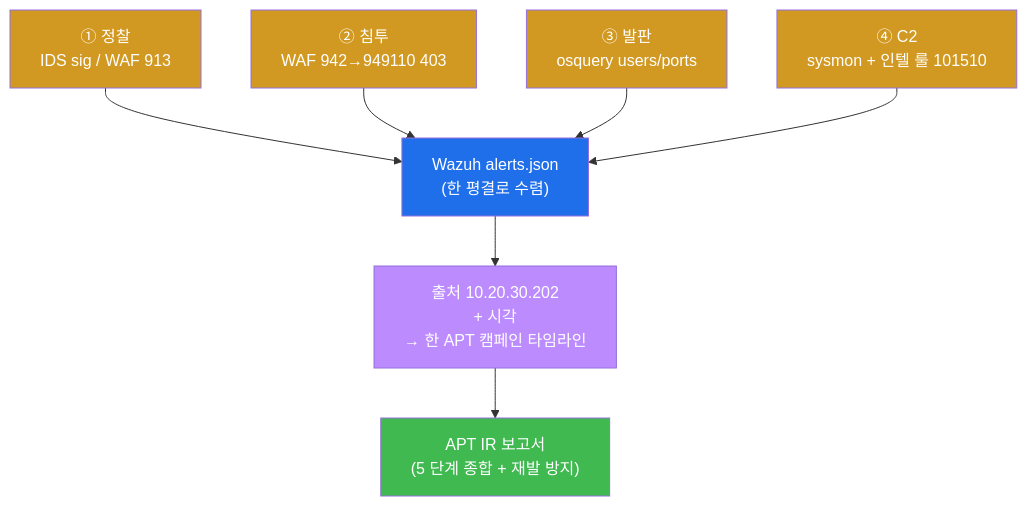
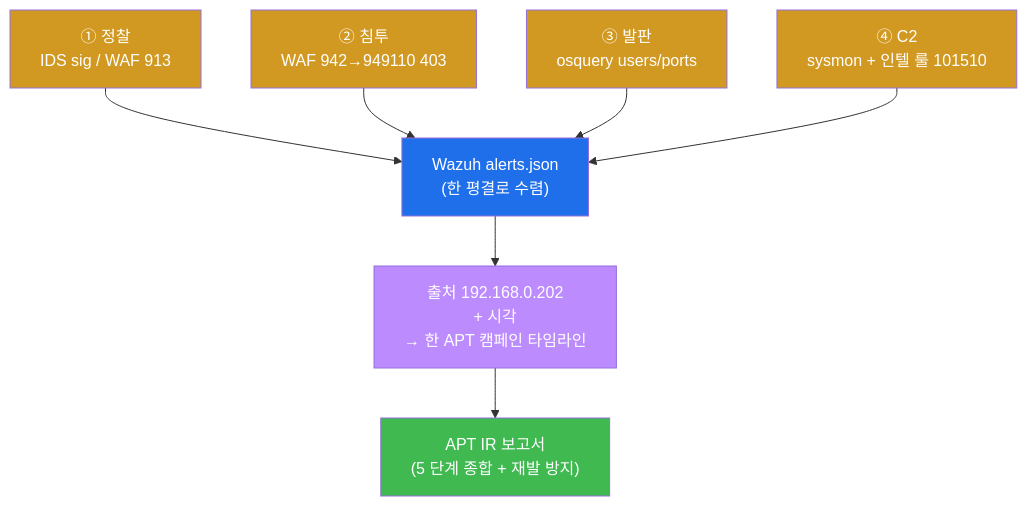
One commit to mrgrit/tw2 changed the seventh of 11 diagrams in contents/training/secuops/lecture_week15.md. Above: the diagram before and after it, drawn with Mermaid. The commit also changed other lines of this file and 9 other files, not shown here.

````diff
--- a/contents/training/secuops/lecture_week15.md
+++ b/contents/training/secuops/lecture_week15.md
@@ -363,22 +363,22 @@
 ```mermaid
 graph TD
     A1["① 정찰<br/>IDS sig / WAF 913"]
     A2["② 침투<br/>WAF 942→949110 403"]
     A3["③ 발판<br/>osquery users/ports"]
     A4["④ C2<br/>sysmon + 인텔 룰 101510"]
     SIEM["Wazuh alerts.json<br/>(한 평결로 수렴)"]
-    KEY["출처 10.20.30.202<br/>+ 시각<br/>→ 한 APT 캠페인 타임라인"]
+    KEY["출처 192.168.0.202<br/>+ 시각<br/>→ 한 APT 캠페인 타임라인"]
     IR["APT IR 보고서<br/>(5 단계 종합 + 재발 방지)"]
     A1 --> SIEM
     A2 --> SIEM
     A3 --> SIEM
     A4 --> SIEM
     SIEM --> KEY --> IR
     style A1 fill:#d29922,color:#fff
     style A2 fill:#d29922,color:#fff
     style A3 fill:#d29922,color:#fff
     style A4 fill:#d29922,color:#fff
     style SIEM fill:#1f6feb,color:#fff
     style KEY fill:#bc8cff,color:#fff
     style IR fill:#3fb950,color:#fff
 ```
````
